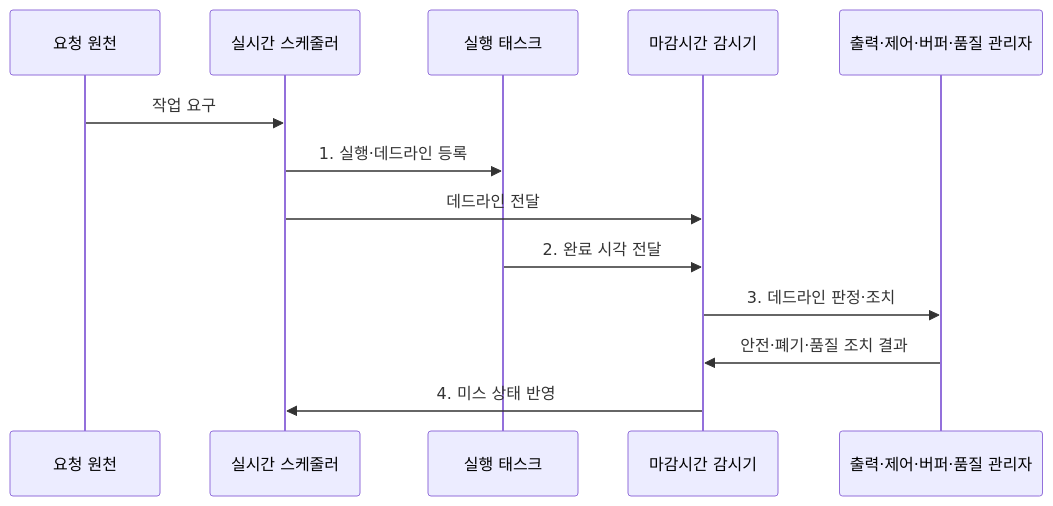
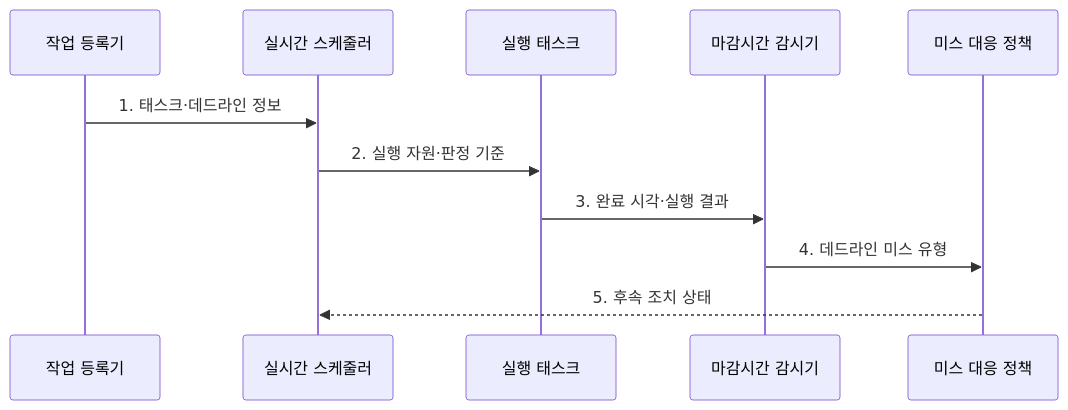
The second of 2 diagrams in src/content/docs/notes/02-hardware/062_hard_soft_real_time.md (agnusdei1207/knowledge-base), drawn with Mermaid before and after one commit. The commit also changed other lines of this file and 20 other files, not shown here.

````diff
--- a/src/content/docs/notes/02-hardware/062_hard_soft_real_time.md
+++ b/src/content/docs/notes/02-hardware/062_hard_soft_real_time.md
@@ -83,16 +87,14 @@
 ```mermaid
 sequenceDiagram
-    participant R as 요청 원천
+    participant R as 작업 등록기
     participant S as 실시간 스케줄러
     participant T as 실행 태스크
     participant D as 마감시간 감시기
-    participant O as 출력·제어·버퍼·품질 관리자
+    participant P as 미스 대응 정책
 
-    R->>S: 작업 요구
-    S->>T: 1. 실행·데드라인 등록
-    S->>D: 데드라인 전달
-    T->>D: 2. 완료 시각 전달
-    D->>O: 3. 데드라인 판정·조치
-    O->>D: 안전·폐기·품질 조치 결과
-    D->>S: 4. 미스 상태 반영
+    R->>S: 1. 태스크·데드라인 정보
+    S->>T: 2. 실행 자원·판정 기준
+    T->>D: 3. 완료 시각·실행 결과
+    D->>P: 4. 데드라인 미스 유형
+    P-->>S: 5. 후속 조치 상태
 ```
````
